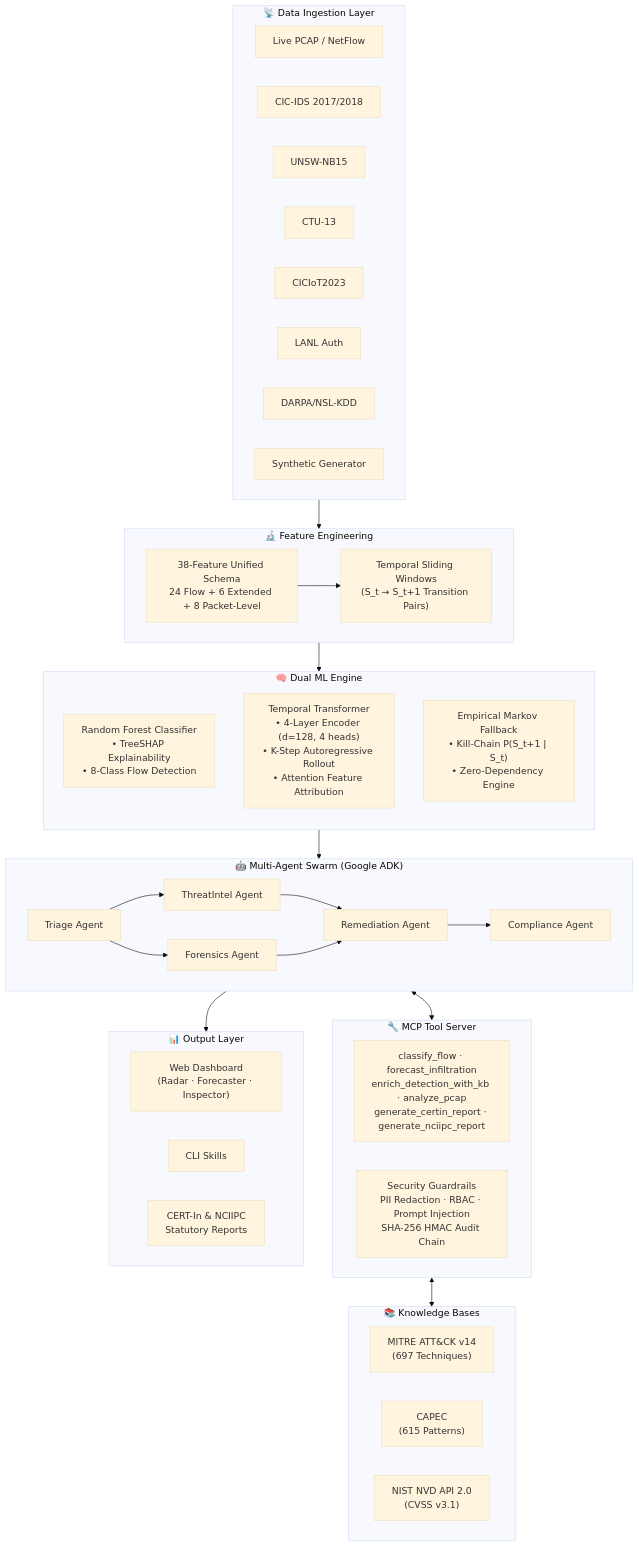
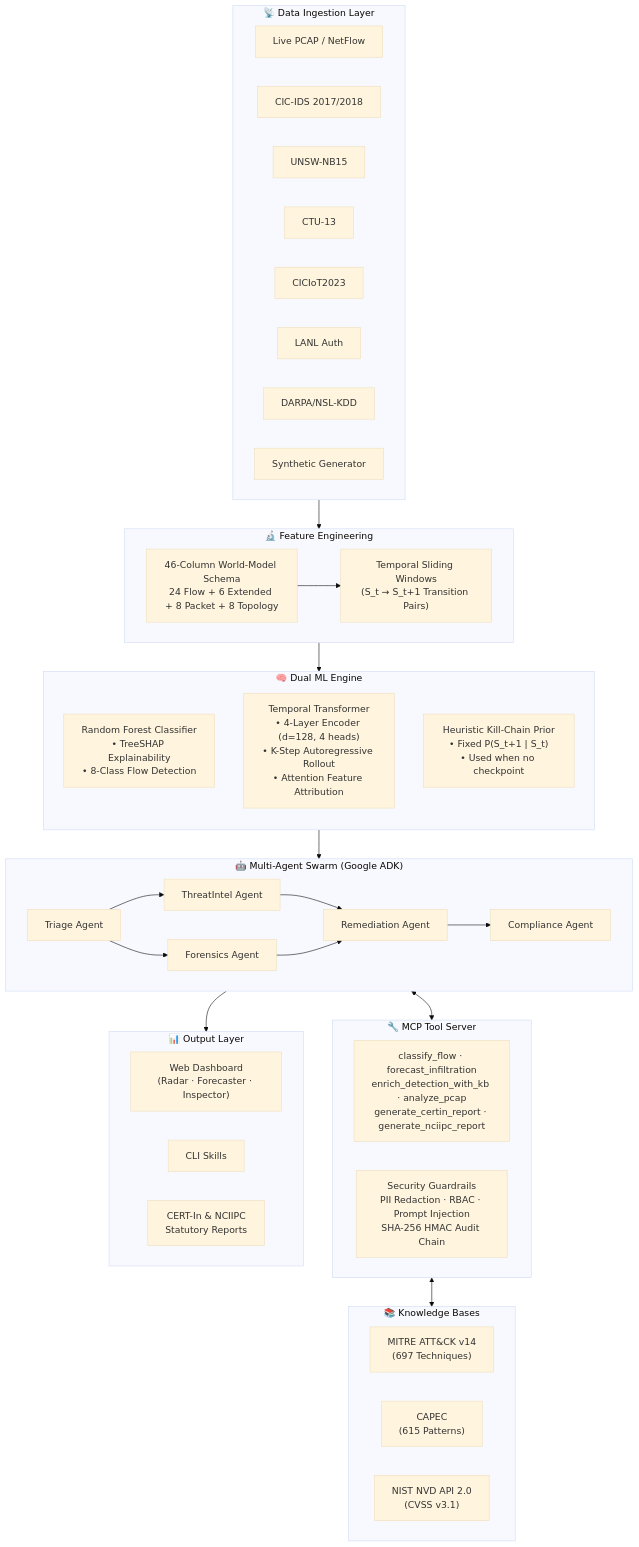
One commit to ErenSnowh/Argus changed the diagram in README.md. Above: the diagram before and after it, drawn with Mermaid (base theme). The commit also changed other lines of this file and 6 other files, not shown here.

````diff
--- a/README.md
+++ b/README.md
@@ -45,61 +45,61 @@
 ```mermaid
 flowchart TD
     subgraph DATA["📡 Data Ingestion Layer"]
         direction LR
         PCAP["Live PCAP / NetFlow"]
         D1["CIC-IDS 2017/2018"]
         D2["UNSW-NB15"]
         D3["CTU-13"]
         D4["CICIoT2023"]
         D5["LANL Auth"]
         D6["DARPA/NSL-KDD"]
         D7["Synthetic Generator"]
     end
 
     subgraph FEATURE["🔬 Feature Engineering"]
-        SCHEMA["38-Feature Unified Schema<br/>24 Flow + 6 Extended + 8 Packet-Level"]
+        SCHEMA["46-Column World-Model Schema<br/>24 Flow + 6 Extended + 8 Packet + 8 Topology"]
         TEMPORAL["Temporal Sliding Windows<br/>(S_t → S_t+1 Transition Pairs)"]
         SCHEMA --> TEMPORAL
     end
 
     subgraph ML["🧠 Dual ML Engine"]
         direction TB
         RF["Random Forest Classifier<br/>• TreeSHAP Explainability<br/>• 8-Class Flow Detection"]
         WM["Temporal Transformer<br/>• 4-Layer Encoder (d=128, 4 heads)<br/>• K-Step Autoregressive Rollout<br/>• Attention Feature Attribution"]
-        MARKOV["Empirical Markov Fallback<br/>• Kill-Chain P(S_t+1 | S_t)<br/>• Zero-Dependency Engine"]
+        MARKOV["Heuristic Kill-Chain Prior<br/>• Fixed P(S_t+1 | S_t)<br/>• Used when no checkpoint"]
     end
 
     subgraph AGENTS["🤖 Multi-Agent Swarm (Google ADK)"]
         TRIAGE["Triage Agent"]
         THREAT["ThreatIntel Agent"]
         FORENSIC["Forensics Agent"]
         REMED["Remediation Agent"]
         COMPLY["Compliance Agent"]
         TRIAGE --> THREAT & FORENSIC
         THREAT & FORENSIC --> REMED
         REMED --> COMPLY
     end
 
     subgraph MCP["🔧 MCP Tool Server"]
         TOOLS["classify_flow · forecast_infiltration<br/>enrich_detection_with_kb · analyze_pcap<br/>generate_certin_report · generate_nciipc_report"]
         GUARD["Security Guardrails<br/>PII Redaction · RBAC · Prompt Injection<br/>SHA-256 HMAC Audit Chain"]
     end
 
     subgraph KB["📚 Knowledge Bases"]
         ATTACK["MITRE ATT&CK v14<br/>(697 Techniques)"]
         CAPEC["CAPEC<br/>(615 Patterns)"]
         CVE["NIST NVD API 2.0<br/>(CVSS v3.1)"]
     end
 
     subgraph OUTPUT["📊 Output Layer"]
         DASH["Web Dashboard<br/>(Radar · Forecaster · Inspector)"]
         CLI_OUT["CLI Skills"]
         REPORT["CERT-In & NCIIPC<br/>Statutory Reports"]
     end
 
     DATA --> FEATURE --> ML
     ML --> AGENTS
     AGENTS <--> MCP
     MCP <--> KB
     AGENTS --> OUTPUT
 ```
````
